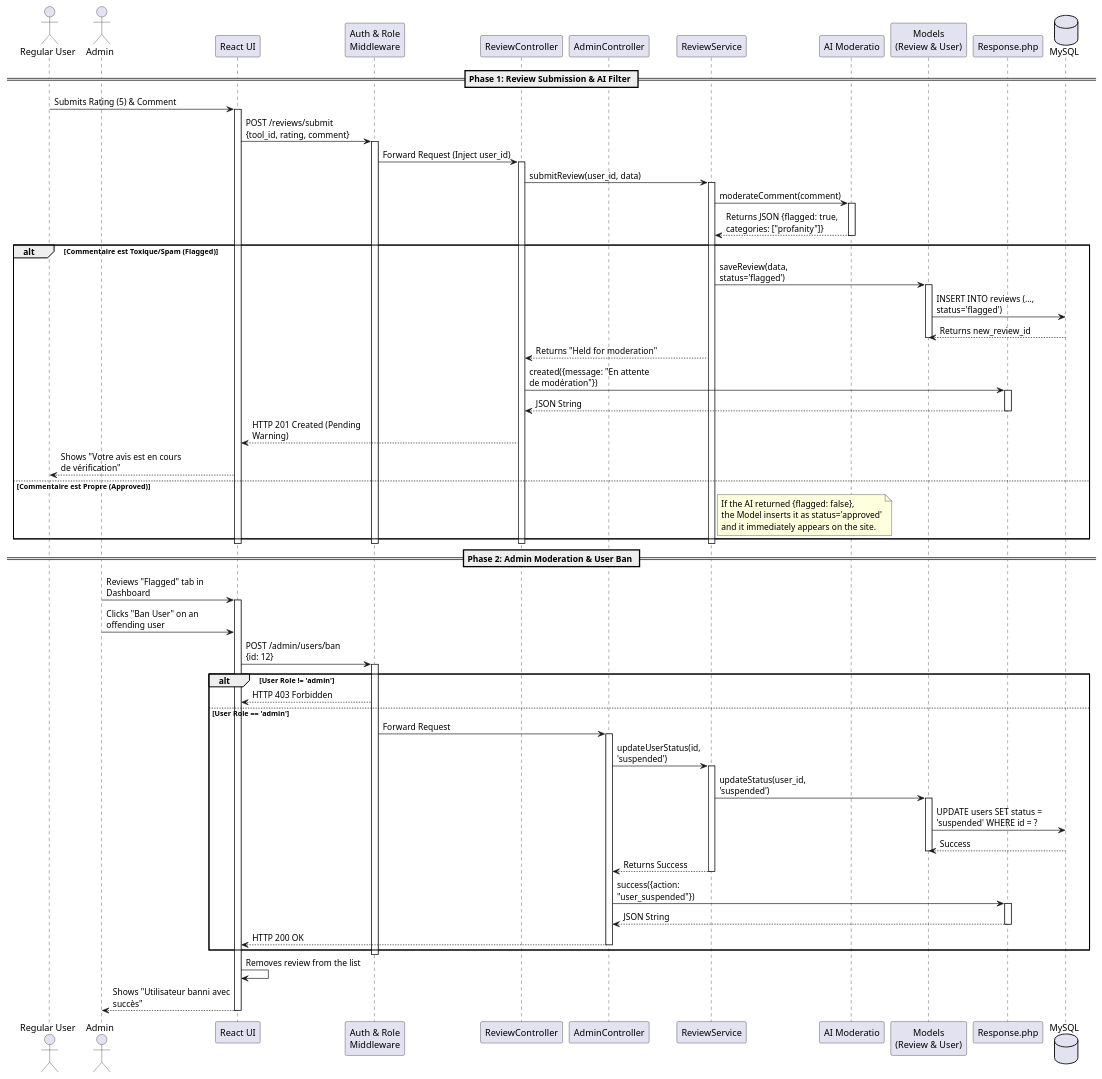
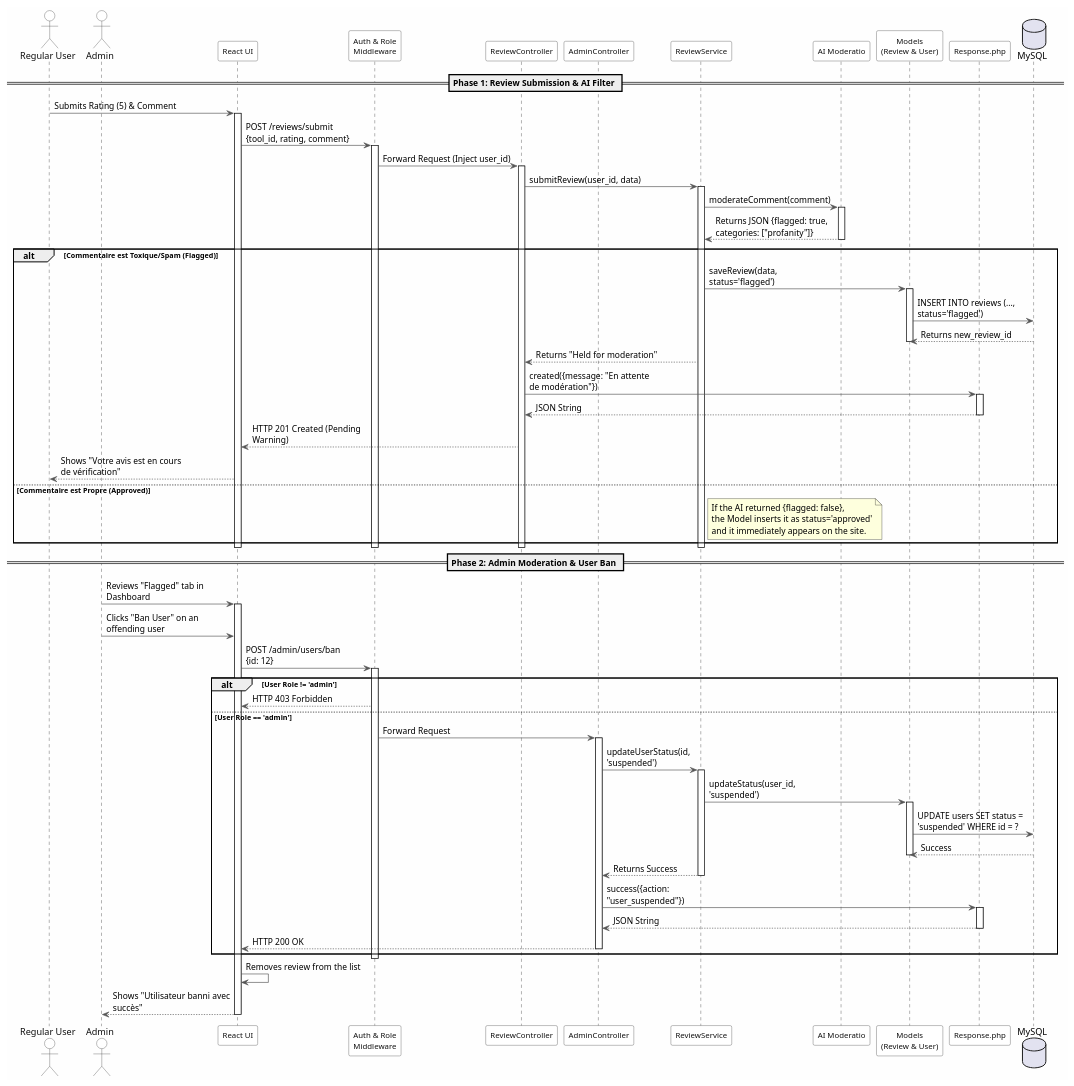
Before and after one commit to dss47/Penguins: the diagram in docs/sequence/Moderation.wsd, drawn with PlantUML. The commit also changed 57 other files, not shown here.

```diff
--- a/docs/sequence/Moderation.wsd
+++ b/docs/sequence/Moderation.wsd
@@ -1,109 +1,120 @@
 @startuml review_moderation_pipeline
+skinparam backgroundColor #FEFEFE
+skinparam participantBackgroundColor #FFFFFF
+skinparam participantBorderColor #333333
+skinparam participantFontColor #111111
+skinparam participantFontSize 12
+skinparam actorBackgroundColor #FFFFFF
+skinparam actorBorderColor #333333
+skinparam actorFontColor #111111
+skinparam arrowColor #555555
+skinparam lifeLineBackgroundColor #FEFEFE
+skinparam shadowing false
 skinparam maxMessageSize 200
 
 ' --- PARTICIPANTS ---
 actor "Regular User" as user
 actor "Admin" as admin
 participant "React UI" as react
 participant "Auth & Role\nMiddleware" as auth
 participant "ReviewController" as review_ctrl
 participant "AdminController" as admin_ctrl
 participant "ReviewService" as service
 participant "AI Moderatio" as ai
 participant "Models\n(Review & User)" as model
 participant "Response.php" as res
 database "MySQL" as db
 
 
 == Phase 1: Review Submission & AI Filter ==
 
 user -> react : Submits Rating (5) & Comment
 activate react
   
   react -> auth : POST /reviews/submit\n{tool_id, rating, comment}
   activate auth
     auth -> review_ctrl : Forward Request (Inject user_id)
     activate review_ctrl
       
       review_ctrl -> service : submitReview(user_id, data)
       activate service
         
         service -> ai : moderateComment(comment)
         activate ai
           ai --> service : Returns JSON {flagged: true, categories: ["profanity"]}
         deactivate ai
         
         alt Commentaire est Toxique/Spam (Flagged)
             
             service -> model : saveReview(data, status='flagged')
             activate model
               model -> db : INSERT INTO reviews (..., status='flagged')
               db --> model : Returns new_review_id
             deactivate model
             
             service --> review_ctrl : Returns "Held for moderation"
             
             review_ctrl -> res : created({message: "En attente de modération"})
             activate res
               res --> review_ctrl : JSON String
             deactivate res
             
             review_ctrl --> react : HTTP 201 Created (Pending Warning)
             react --> user : Shows "Votre avis est en cours de vérification"
             
         else Commentaire est Propre (Approved)
             
             note right of service: If the AI returned {flagged: false},\nthe Model inserts it as status='approved'\nand it immediately appears on the site.
             
         end
         
       deactivate service
     deactivate review_ctrl
   deactivate auth
 deactivate react
 
 
 == Phase 2: Admin Moderation & User Ban ==
 
 admin -> react : Reviews "Flagged" tab in Dashboard
 activate react
   
   admin -> react : Clicks "Ban User" on an offending user
   react -> auth : POST /admin/users/ban\n{id: 12}
   activate auth
     
     alt User Role != 'admin'
         auth --> react : HTTP 403 Forbidden
     else User Role == 'admin'
         
         auth -> admin_ctrl : Forward Request
         activate admin_ctrl
           
           admin_ctrl -> service : updateUserStatus(id, 'suspended')
           activate service
             
             service -> model : updateStatus(user_id, 'suspended')
             activate model
               model -> db : UPDATE users SET status = 'suspended' WHERE id = ?
               db --> model : Success
             deactivate model
             
             service --> admin_ctrl : Returns Success
           deactivate service
           
           admin_ctrl -> res : success({action: "user_suspended"})
           activate res
             res --> admin_ctrl : JSON String
           deactivate res
           
           admin_ctrl --> react : HTTP 200 OK
         deactivate admin_ctrl
         
     end ' End of RBAC Check
   deactivate auth
   
   react -> react : Removes review from the list
   react --> admin : Shows "Utilisateur banni avec succès"
 deactivate react
 
 @enduml
```
